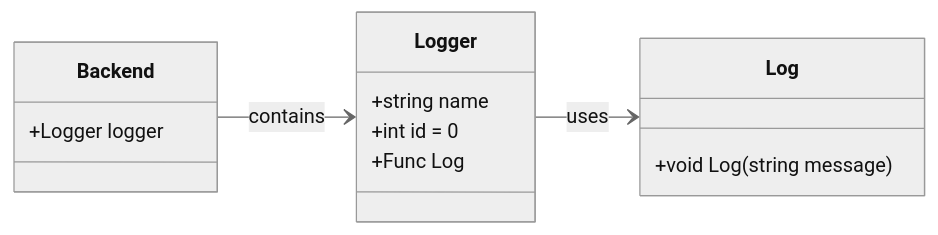
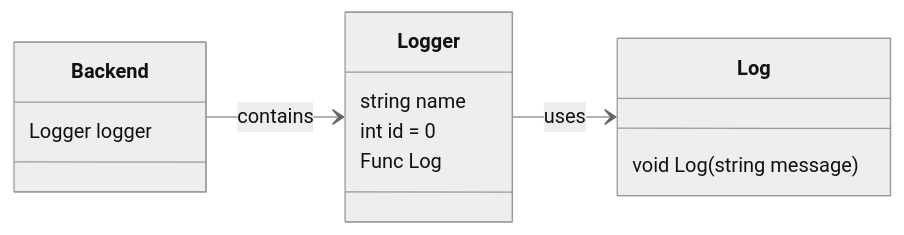
One commit to dermrvn-code/doc-lang changed the first of 2 diagrams in examples/output/first-example.md. Above: the diagram before and after it, drawn with Mermaid (neutral theme). The commit also changed 3 other files, not shown here.

First line of the commit message:
feat: create generate function for dependency graph

````diff
--- a/examples/output/first-example.md
+++ b/examples/output/first-example.md
@@ -18,21 +18,21 @@
 ```mermaid
 classDiagram
 direction LR
 
 class Backend {
-  +Logger logger
+  Logger logger
 }
 
 class Logger {
-  +string name
-  +int id = 0
-  +Func Log
+  string name
+  int id = 0
+  Func Log
 }
 
 class Log {
-  +void Log(string message)
+  void Log(string message)
 }
 
 Backend --> Logger : contains
 Logger --> Log : uses
 ```
````
